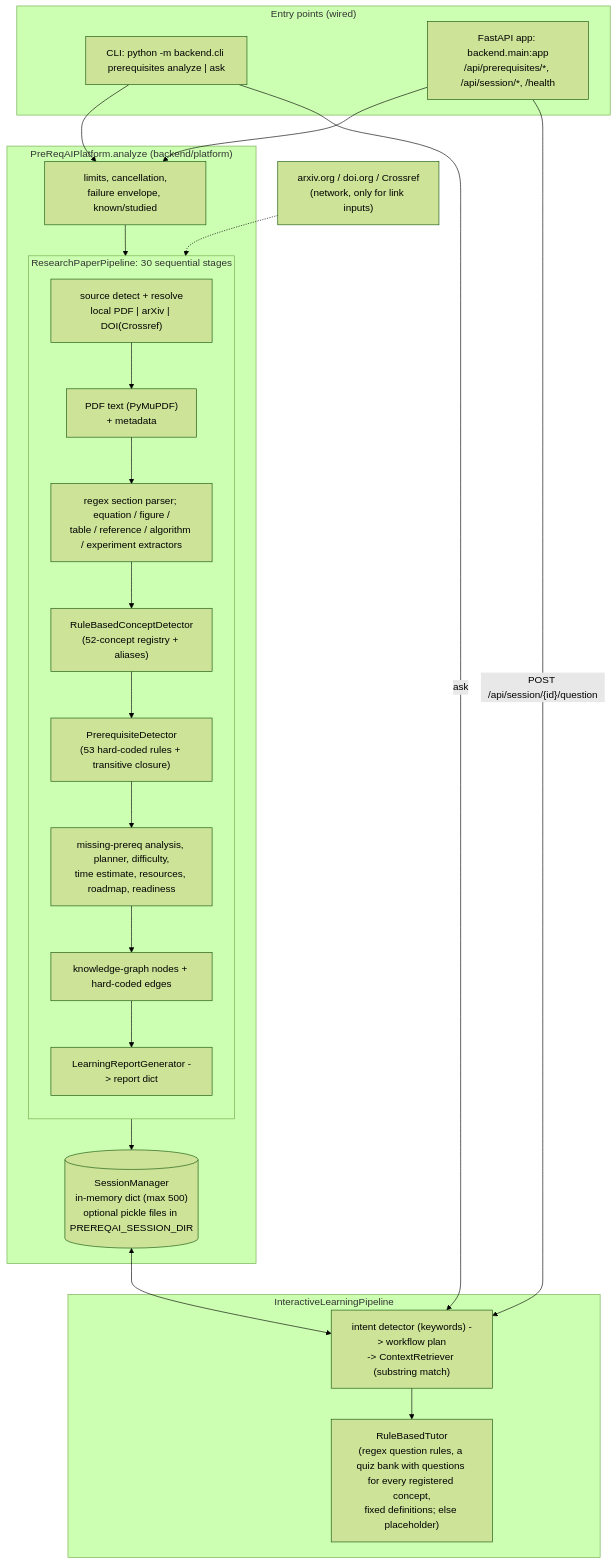
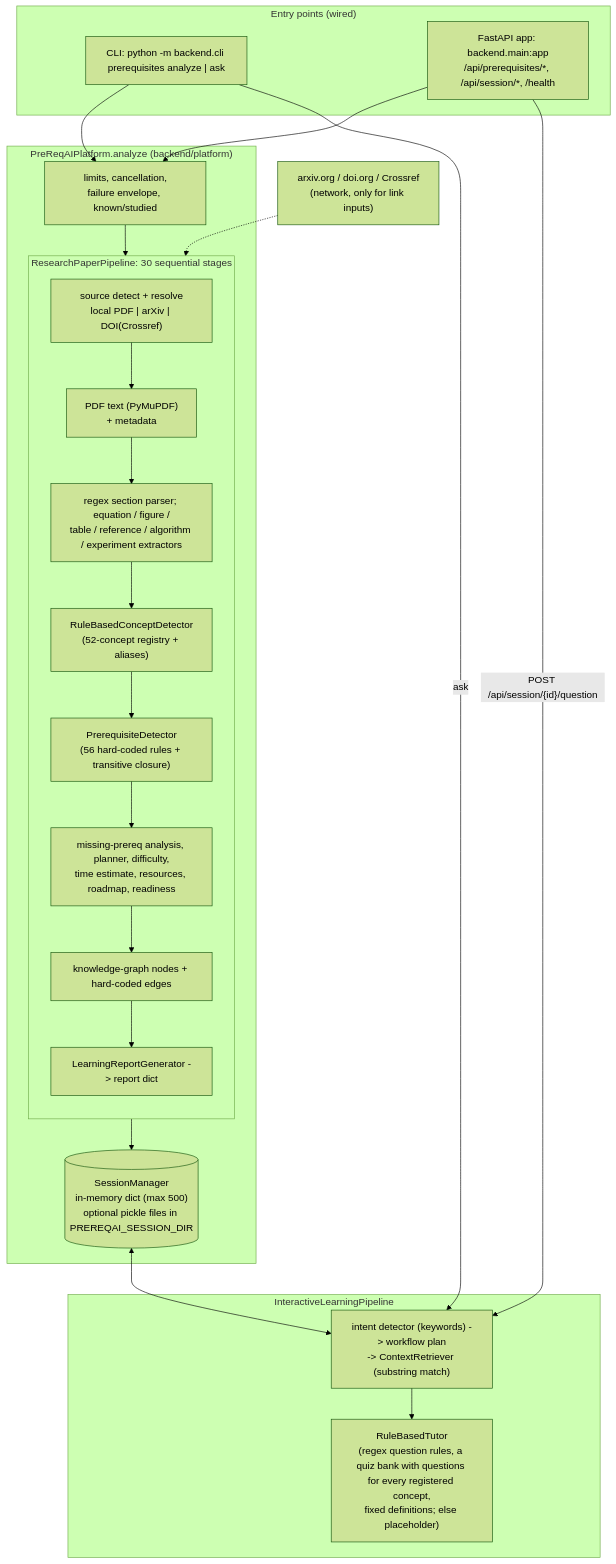
One commit to 23f2003574/PreReqAI changed the first of 2 diagrams in ARCHITECTURE.md. Above: the diagram before and after it, drawn with Mermaid (forest theme). The commit also changed other lines of this file and 41 other files, not shown here.

````diff
--- a/ARCHITECTURE.md
+++ b/ARCHITECTURE.md
@@ -26,40 +26,40 @@
 ```mermaid
 flowchart TD
     subgraph Entry["Entry points (wired)"]
         CLI["CLI: python -m backend.cli prerequisites analyze | ask"]
         HTTP["FastAPI app: backend.main:app<br/>/api/prerequisites/*, /api/session/*, /health"]
     end
 
     CLI --> PLAT
     HTTP --> PLAT
 
     subgraph Core["PreReqAIPlatform.analyze (backend/platform)"]
         PLAT["limits, cancellation,<br/>failure envelope, known/studied"]
         PLAT --> PIPE
         subgraph PIPE["ResearchPaperPipeline: 30 sequential stages"]
             direction TB
             S1["source detect + resolve<br/>local PDF | arXiv | DOI(Crossref)"]
             S2["PDF text (PyMuPDF)<br/>+ metadata"]
             S3["regex section parser; equation / figure /<br/>table / reference / algorithm / experiment extractors"]
             S4["RuleBasedConceptDetector<br/>(52-concept registry + aliases)"]
-            S5["PrerequisiteDetector<br/>(53 hard-coded rules + transitive closure)"]
+            S5["PrerequisiteDetector<br/>(56 hard-coded rules + transitive closure)"]
             S6["missing-prereq analysis, planner, difficulty,<br/>time estimate, resources, roadmap, readiness"]
             S7["knowledge-graph nodes + hard-coded edges"]
             S8["LearningReportGenerator -> report dict"]
             S1 --> S2 --> S3 --> S4 --> S5 --> S6 --> S7 --> S8
         end
         PIPE --> SM
     end
 
     SM[("SessionManager<br/>in-memory dict (max 500)<br/>optional pickle files in PREREQAI_SESSION_DIR")]
 
     HTTP -->|"POST /api/session/{id}/question"| ILP
     CLI -->|"ask"| ILP
     SM <--> ILP
     subgraph Tutor["InteractiveLearningPipeline"]
         ILP["intent detector (keywords) -> workflow plan<br/>-> ContextRetriever (substring match)"]
         ILP --> RBT["RuleBasedTutor<br/>(regex question rules, a quiz bank with questions for every registered concept,<br/>fixed definitions; else placeholder)"]
     end
 
     ext1["arxiv.org / doi.org / Crossref<br/>(network, only for link inputs)"] -.-> S1
 ```
````
